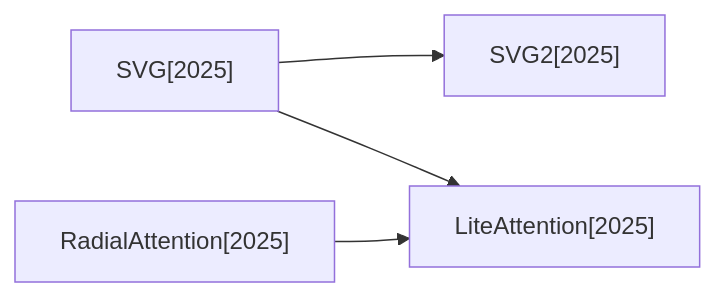
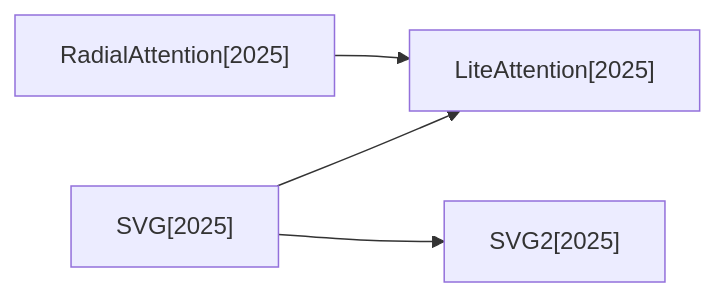
The second of 5 diagrams in docs/baseline_methods_graph.md (hustzxd/EfficientPaper), drawn with Mermaid before and after one commit. The commit also changed other lines of this file and 24 other files, not shown here.

````diff
--- a/docs/baseline_methods_graph.md
+++ b/docs/baseline_methods_graph.md
@@ -29,10 +29,10 @@
 ```mermaid
 flowchart LR
+    2025_LiteAttention["LiteAttention[2025]"]
+    2025_SVG2["SVG2[2025]"]
+    2025_RadialAttention["RadialAttention[2025]"]
     2025_SVG["SVG[2025]"]
-    2025_LiteAttention["LiteAttention[2025]"]
-    2025_RadialAttention["RadialAttention[2025]"]
-    2025_SVG2["SVG2[2025]"]
+    2025_RadialAttention --> 2025_LiteAttention
     2025_SVG --> 2025_SVG2
     2025_SVG --> 2025_LiteAttention
-    2025_RadialAttention --> 2025_LiteAttention
 ```
````
